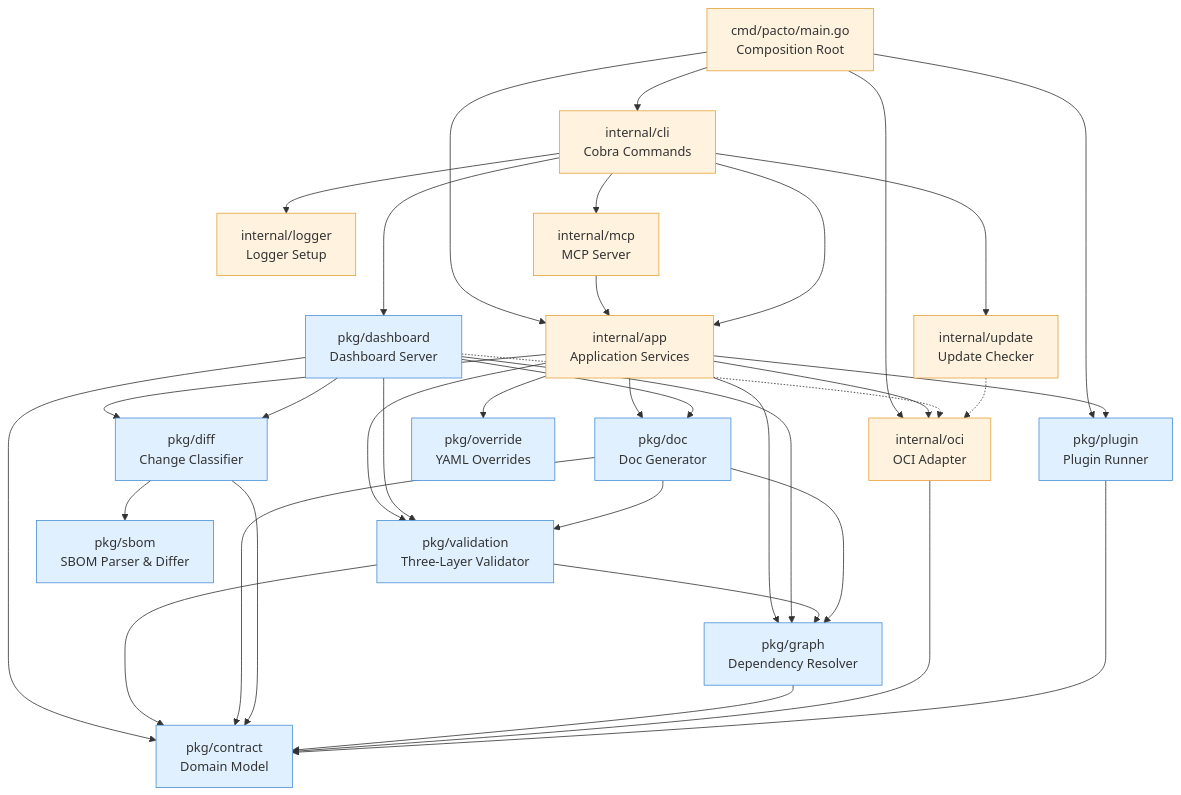
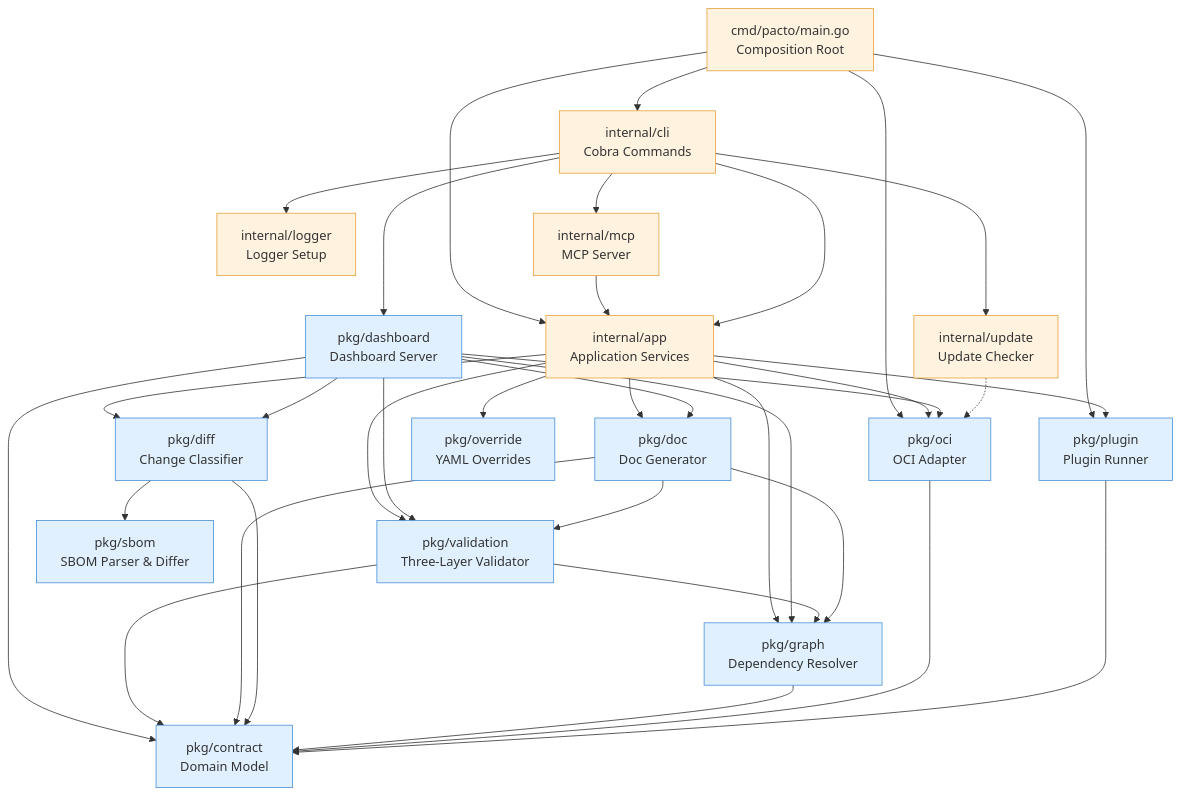
The first of 2 diagrams in docs/architecture.md (BurkeVeble83476n/pacto), drawn with Mermaid before and after one commit. The commit also changed other lines of this file and 39 other files, not shown here.

First line of the commit message:
refactor(oci): move OCI package from internal/oci to pkg/oci for external consumption (#109)

````diff
--- a/docs/architecture.md
+++ b/docs/architecture.md
@@ -24,42 +24,42 @@
 ```mermaid
 graph TD
     MAIN[cmd/pacto/main.go<br/>Composition Root] --> CLI[internal/cli<br/>Cobra Commands]
     MAIN --> APP
     MAIN --> OCI
     MAIN --> PLUG
     CLI --> LOG[internal/logger<br/>Logger Setup]
     CLI --> MCP[internal/mcp<br/>MCP Server]
     CLI --> UPDATE[internal/update<br/>Update Checker]
     MCP --> APP
     CLI --> APP[internal/app<br/>Application Services]
     APP --> VAL[pkg/validation<br/>Three-Layer Validator]
     APP --> DIFF[pkg/diff<br/>Change Classifier]
     APP --> GRAPH[pkg/graph<br/>Dependency Resolver]
-    APP --> OCI[internal/oci<br/>OCI Adapter]
+    APP --> OCI[pkg/oci<br/>OCI Adapter]
     APP --> PLUG[pkg/plugin<br/>Plugin Runner]
     APP --> DOC[pkg/doc<br/>Doc Generator]
     APP --> OVER[pkg/override<br/>YAML Overrides]
     CLI --> DASH[pkg/dashboard<br/>Dashboard Server]
     DASH --> CONTRACT
     DASH --> DOC
     DASH --> DIFF
     DASH --> VAL
     DASH --> GRAPH
-    DASH -.-> OCI
+    DASH --> OCI
     DIFF --> SBOM[pkg/sbom<br/>SBOM Parser & Differ]
     VAL --> GRAPH
     DOC --> GRAPH
     DOC --> VAL
     VAL --> CONTRACT[pkg/contract<br/>Domain Model]
     DOC --> CONTRACT
     DIFF --> CONTRACT
     GRAPH --> CONTRACT
     OCI --> CONTRACT
     PLUG --> CONTRACT
     UPDATE -.-> OCI
 
     classDef pkg fill:#e0f0ff,stroke:#4a90d9
     classDef internal fill:#fff3e0,stroke:#e6a23c
-    class CONTRACT,VAL,DIFF,GRAPH,PLUG,DOC,SBOM,OVER,DASH pkg
-    class APP,CLI,LOG,MCP,OCI,MAIN,UPDATE internal
+    class CONTRACT,VAL,DIFF,GRAPH,PLUG,DOC,SBOM,OVER,DASH,OCI pkg
+    class APP,CLI,LOG,MCP,MAIN,UPDATE internal
 ```
````
